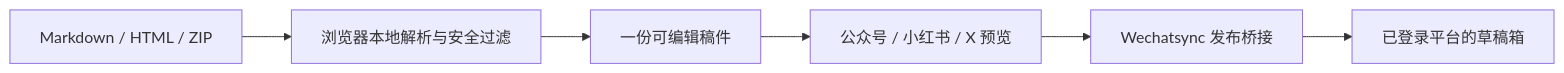
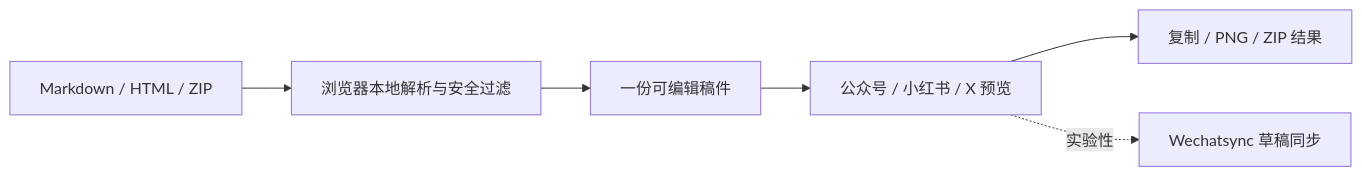
One commit to KeepATARAXIA/ezWriting changed the diagram in README_ZH.md. Above: the diagram before and after it, drawn with Mermaid. The commit also changed other lines of this file and 48 other files, not shown here.

````diff
--- a/README_ZH.md
+++ b/README_ZH.md
@@ -34,8 +34,8 @@
 ```mermaid
 flowchart LR
     A["Markdown / HTML / ZIP"] --> B["浏览器本地解析与安全过滤"]
     B --> C["一份可编辑稿件"]
     C --> D["公众号 / 小红书 / X 预览"]
-    D --> E["Wechatsync 发布桥接"]
-    E --> F["已登录平台的草稿箱"]
+    D --> E["复制 / PNG / ZIP 结果"]
+    D -. "实验性" .-> F["Wechatsync 草稿同步"]
 ```
````
